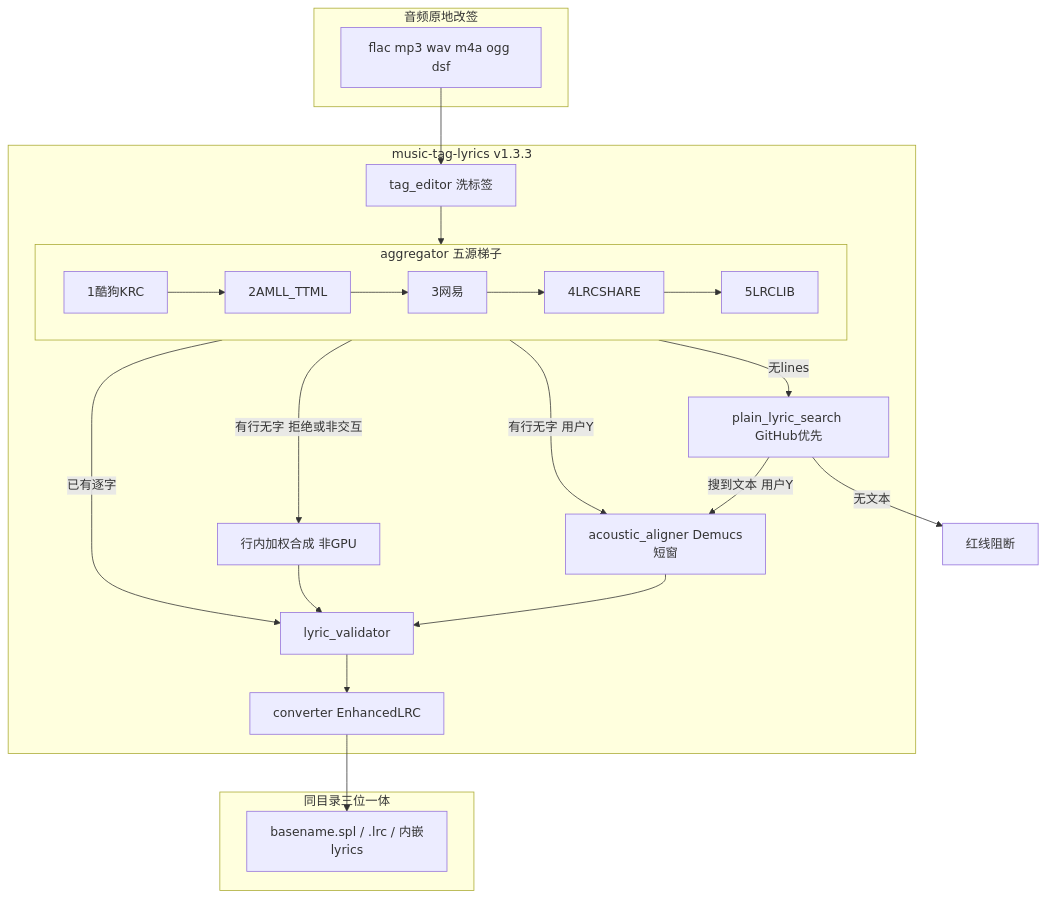
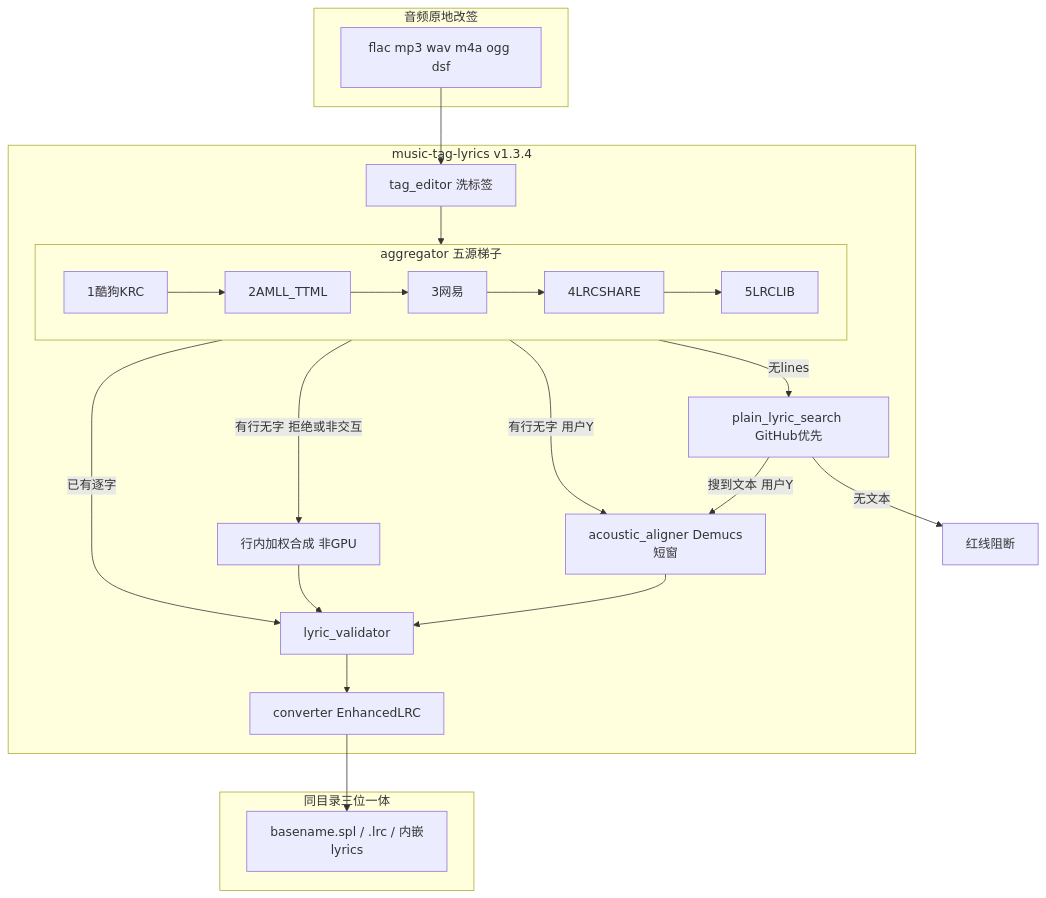
One commit to sxsxhhi/music-tag-lyrics changed the first of 2 diagrams in README.md. Above: the diagram before and after it, drawn with Mermaid. The commit also changed other lines of this file and 12 other files, not shown here.

````diff
--- a/README.md
+++ b/README.md
@@ -65,35 +65,35 @@
 ```mermaid
 flowchart TD
   subgraph host [音频原地改签]
     Audio[flac mp3 wav m4a ogg dsf]
   end
-  subgraph skill [music-tag-lyrics v1.3.3]
+  subgraph skill [music-tag-lyrics v1.3.4]
     Tags[tag_editor 洗标签]
     subgraph agg [aggregator 五源梯子]
       Kugou[1酷狗KRC]
       Amll[2AMLL_TTML]
       Netease[3网易]
       Lrcs[4LRCSHARE]
       Lrclib[5LRCLIB]
       Kugou --> Amll --> Netease --> Lrcs --> Lrclib
     end
     Valid[lyric_validator]
     Conv[converter EnhancedLRC]
     GPU[acoustic_aligner Demucs短窗]
     Synth[行内加权合成 非GPU]
     Search[plain_lyric_search GitHub优先]
   end
   subgraph out [同目录三位一体]
     Files["basename.spl / .lrc / 内嵌lyrics"]
   end
   Audio --> Tags --> agg
   agg -->|已有逐字| Valid
   agg -->|有行无字 用户Y| GPU
   agg -->|有行无字 拒绝或非交互| Synth
   agg -->|无lines| Search
   Search -->|搜到文本 用户Y| GPU
   Search -->|无文本| Block[红线阻断]
   GPU --> Valid
   Synth --> Valid
   Valid --> Conv --> Files
 ```
````
